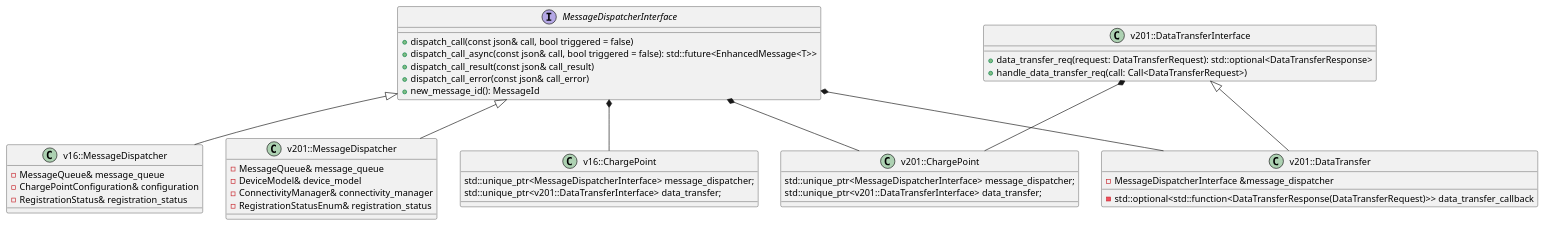
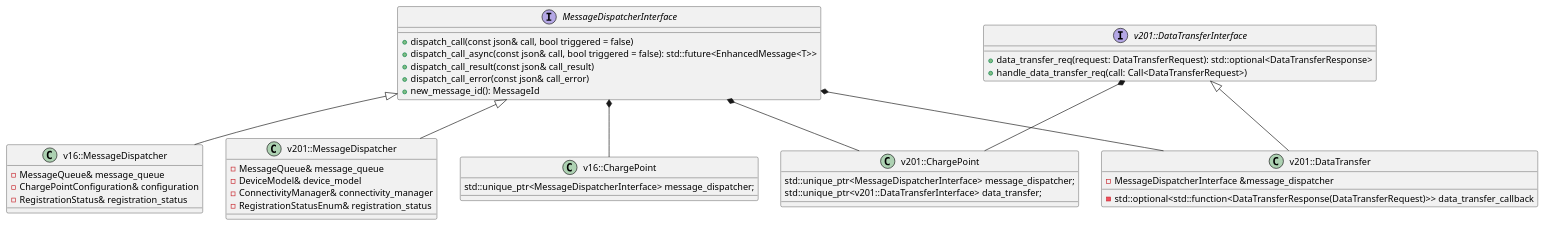
One commit to EVerest/libocpp changed the diagram in doc/message_dispatching.puml. Above: the diagram before and after it, drawn with PlantUML. The commit also changed 1 other file, not shown here.

Commit message:
Update PUML diagram and added rendered png

```diff
--- a/doc/message_dispatching.puml
+++ b/doc/message_dispatching.puml
@@ -2,52 +2,51 @@
 @startuml
 
 interface MessageDispatcherInterface {
     +dispatch_call(const json& call, bool triggered = false)
     +dispatch_call_async(const json& call, bool triggered = false): std::future<EnhancedMessage<T>>
     +dispatch_call_result(const json& call_result)
     +dispatch_call_error(const json& call_error)
     +new_message_id(): MessageId
 }
 
 class v16::MessageDispatcher {
     - MessageQueue& message_queue
     - ChargePointConfiguration& configuration
     - RegistrationStatus& registration_status
 }
 
 class v201::MessageDispatcher {
     - MessageQueue& message_queue
     - DeviceModel& device_model
     - ConnectivityManager& connectivity_manager
     - RegistrationStatusEnum& registration_status
 }
 
-class v201::DataTransferInterface {
+interface v201::DataTransferInterface {
     +data_transfer_req(request: DataTransferRequest): std::optional<DataTransferResponse>
     +handle_data_transfer_req(call: Call<DataTransferRequest>)
 }
 
 class v201::DataTransfer {
     -MessageDispatcherInterface &message_dispatcher
     -std::optional<std::function<DataTransferResponse(DataTransferRequest)>> data_transfer_callback
 }
 
 class v201::ChargePoint {
     std::unique_ptr<MessageDispatcherInterface> message_dispatcher;
     std::unique_ptr<v201::DataTransferInterface> data_transfer;
 }
 
 class v16::ChargePoint {
     std::unique_ptr<MessageDispatcherInterface> message_dispatcher;
-    std::unique_ptr<v201::DataTransferInterface> data_transfer;
 }
 
 MessageDispatcherInterface <|-- v16::MessageDispatcher  
 MessageDispatcherInterface <|-- v201::MessageDispatcher
 v201::DataTransferInterface <|-- v201::DataTransfer
 MessageDispatcherInterface *-- v201::DataTransfer
 MessageDispatcherInterface *-- v201::ChargePoint
 v201::DataTransferInterface *-- v201::ChargePoint
 MessageDispatcherInterface *-- v16::ChargePoint
 
 @enduml
```
